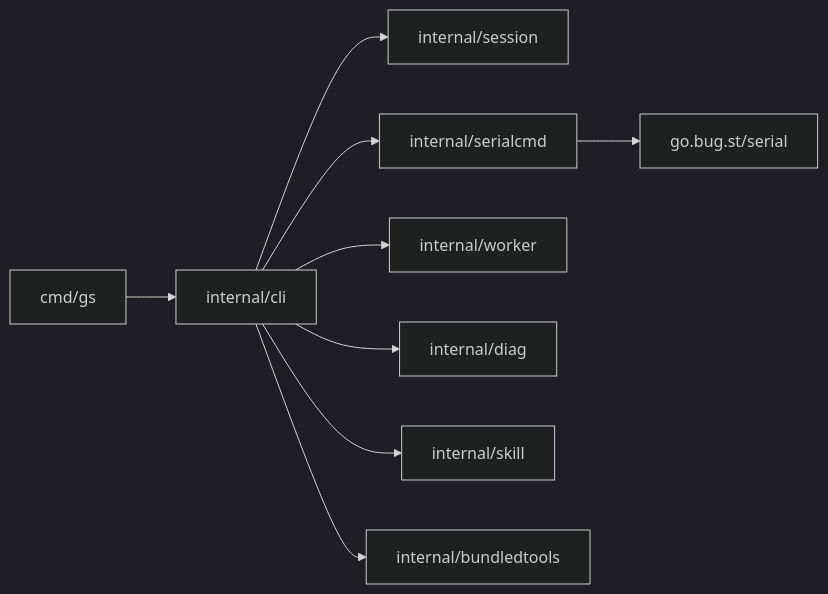
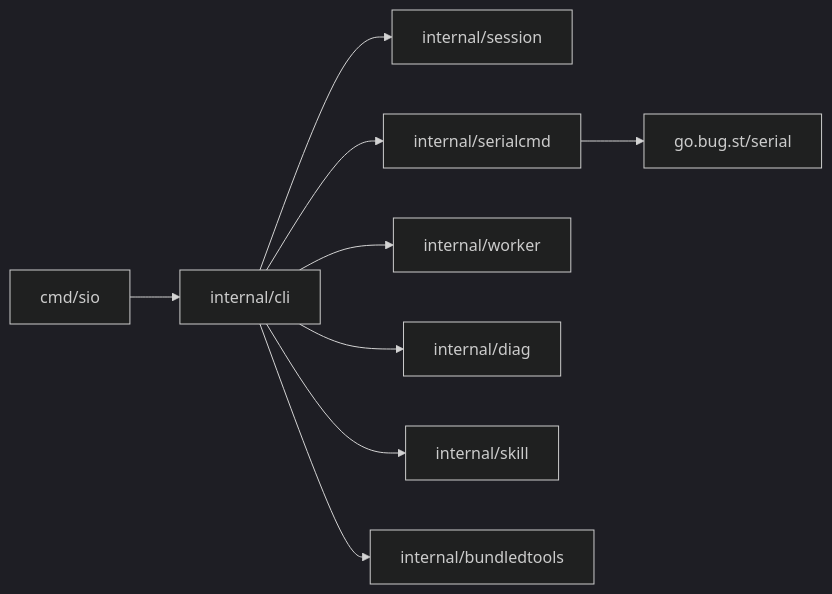
Before and after one commit to shikihane/go-serial-cli: the fourth of 4 diagrams in README.zh-CN.md, drawn with Mermaid (dark theme). The commit also changed other lines of this file and 25 other files, not shown here.

````diff
--- a/README.zh-CN.md
+++ b/README.zh-CN.md
@@ -435,11 +454,11 @@
 ```mermaid
 flowchart LR
-    main["cmd/gs"] --> cli["internal/cli"]
+    main["cmd/sio"] --> cli["internal/cli"]
     cli --> session["internal/session"]
     cli --> serialcmd["internal/serialcmd"]
     cli --> worker["internal/worker"]
     cli --> diag["internal/diag"]
     cli --> skill["internal/skill"]
     cli --> tools["internal/bundledtools"]
     serialcmd --> serial["go.bug.st/serial"]
 ```
````
